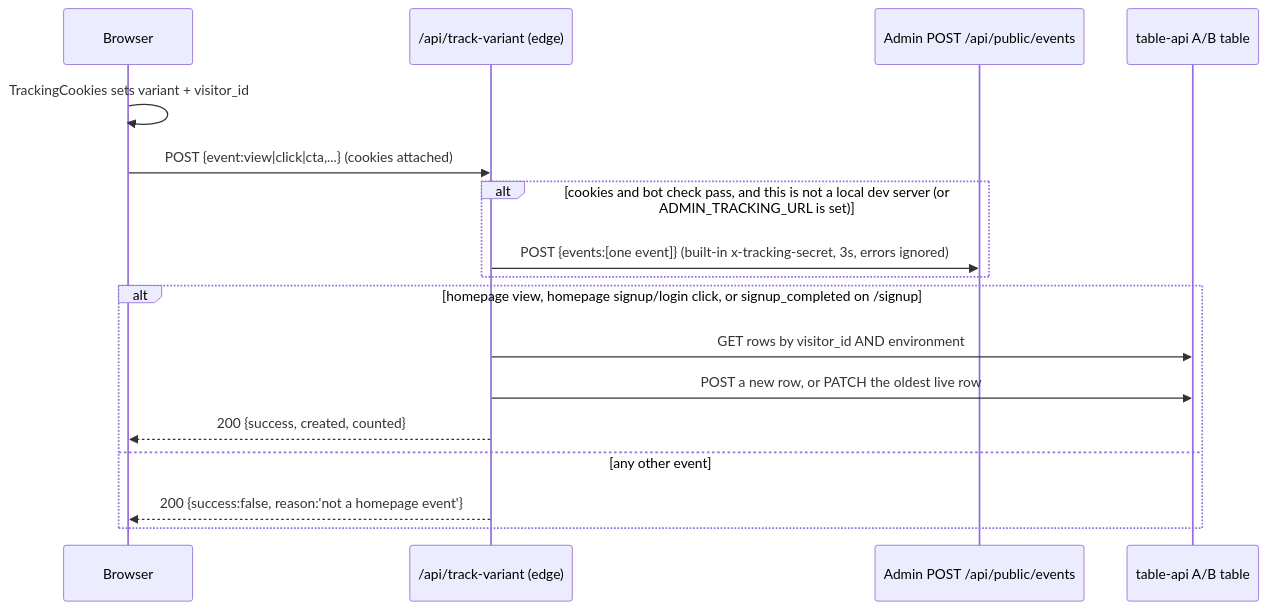
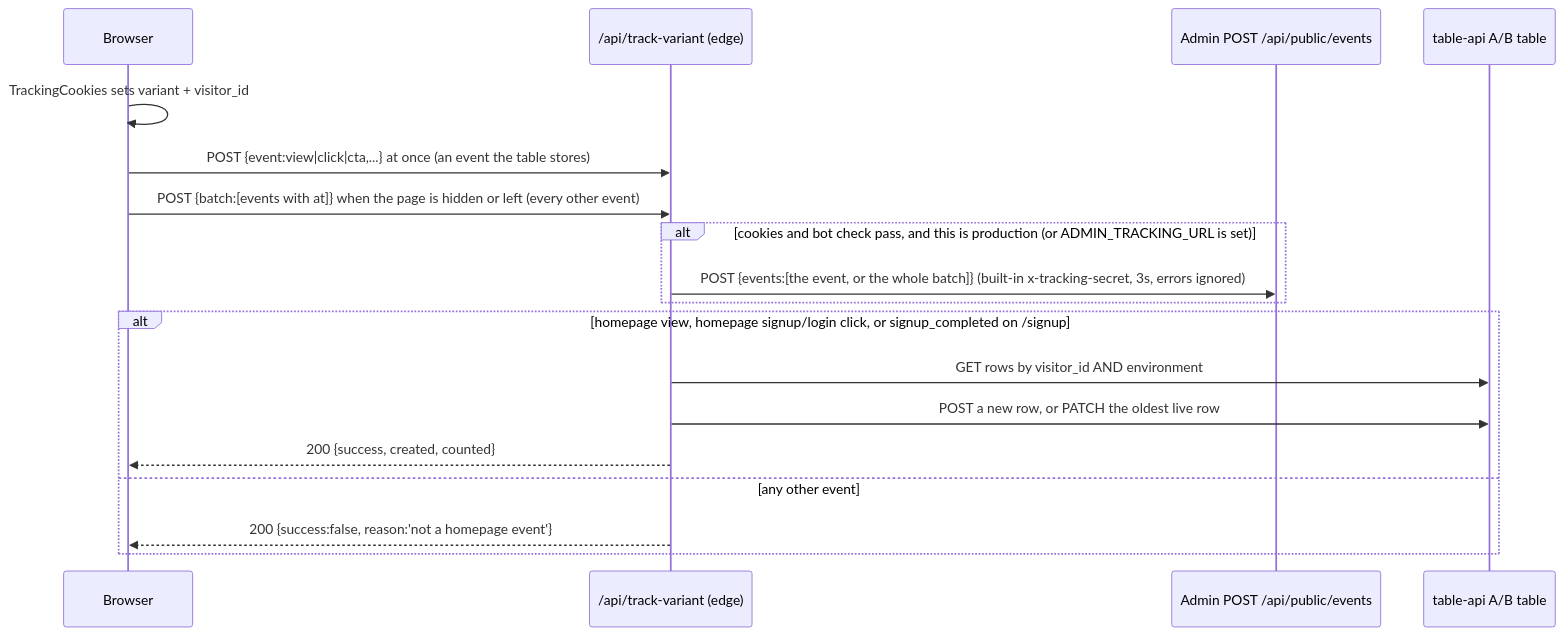
One commit to Walkover-Web-Solution/viasocket changed the diagram in docs/CONTRACTS.md. Above: the diagram before and after it, drawn with Mermaid. The commit also changed other lines of this file and 7 other files, not shown here.

First line of the commit message:
Batch visitor events sent to the admin and forward from production only

````diff
--- a/docs/CONTRACTS.md
+++ b/docs/CONTRACTS.md
@@ -95,19 +95,20 @@
 ```mermaid
 sequenceDiagram
     participant B as Browser
     participant R as /api/track-variant (edge)
     participant A as Admin POST /api/public/events
     participant T as table-api A/B table
     B->>B: TrackingCookies sets variant + visitor_id
-    B->>R: POST {event:view|click|cta,...} (cookies attached)
-    alt cookies and bot check pass, and this is not a local dev server (or ADMIN_TRACKING_URL is set)
-        R->>A: POST {events:[one event]} (built-in x-tracking-secret, 3s, errors ignored)
+    B->>R: POST {event:view|click|cta,...} at once (an event the table stores)
+    B->>R: POST {batch:[events with at]} when the page is hidden or left (every other event)
+    alt cookies and bot check pass, and this is production (or ADMIN_TRACKING_URL is set)
+        R->>A: POST {events:[the event, or the whole batch]} (built-in x-tracking-secret, 3s, errors ignored)
     end
     alt homepage view, homepage signup/login click, or signup_completed on /signup
         R->>T: GET rows by visitor_id AND environment
         R->>T: POST a new row, or PATCH the oldest live row
         R-->>B: 200 {success, created, counted}
     else any other event
         R-->>B: 200 {success:false, reason:'not a homepage event'}
     end
 ```
````
